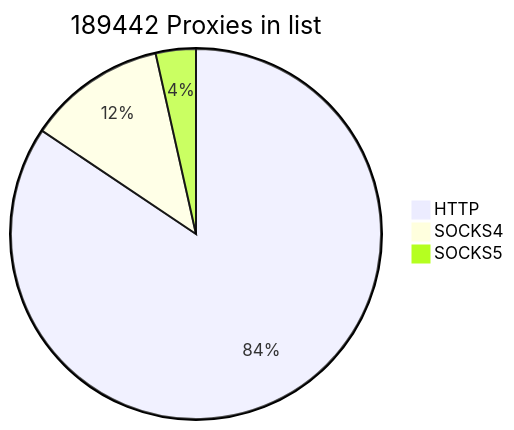
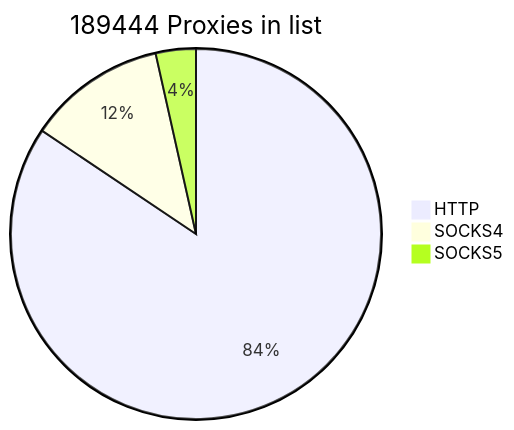
The first of 2 diagrams in README.md (cutipu/proxylist), drawn with Mermaid before and after one commit. The commit also changed other lines of this file, not shown here.

````diff
--- a/README.md
+++ b/README.md
@@ -2,7 +2,7 @@
 ```mermaid
-pie title 189442 Proxies in list
+pie title 189444 Proxies in list
     "HTTP" : 159896
-    "SOCKS4" : 22909
-    "SOCKS5" : 6637
+    "SOCKS4" : 22912
+    "SOCKS5" : 6636
             
 ```
````
